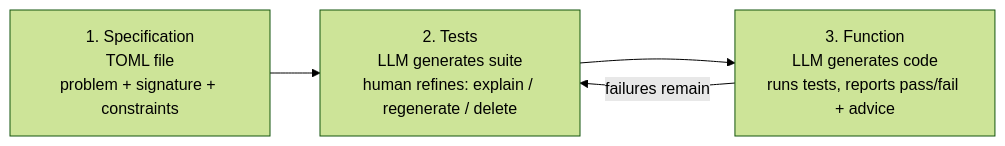
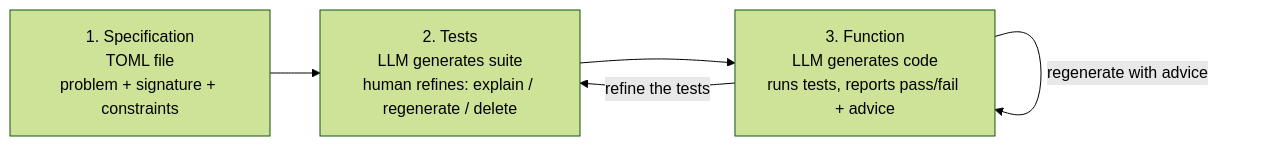
The second of 5 diagrams in personal/note/how-to-read-a-research-paper.md (oat431/oralita_md), drawn with Mermaid (forest theme) before and after one commit. The commit also changed other lines of this file and 5 other files, not shown here.

````diff
--- a/personal/note/how-to-read-a-research-paper.md
+++ b/personal/note/how-to-read-a-research-paper.md
@@ -96,6 +206,7 @@
 ```mermaid
 flowchart LR
     A["1. Specification<br/>TOML file<br/>problem + signature + constraints"] --> B["2. Tests<br/>LLM generates suite<br/>human refines: explain / regenerate / delete"]
     B --> C["3. Function<br/>LLM generates code<br/>runs tests, reports pass/fail + advice"]
-    C -->|failures remain| B
+    C -->|refine the tests| B
+    C -->|regenerate with advice| C
 ```
````
